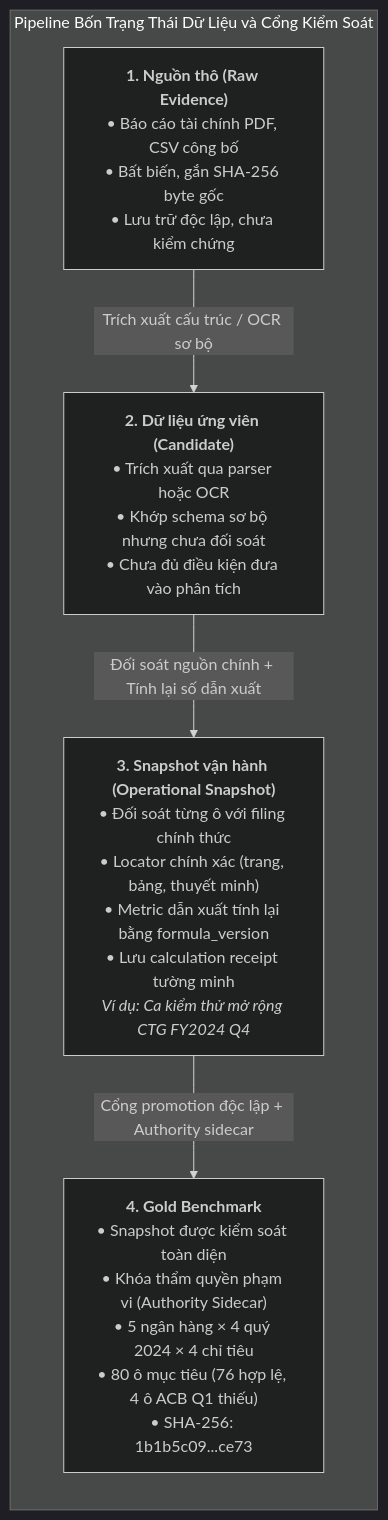
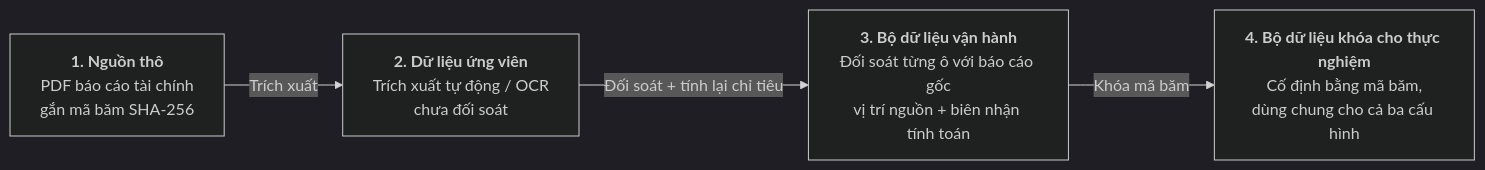
The diagram in docs/thesis-v2/figures/hinh-3-2-pipeline-du-lieu.mmd (thaicuong576/final-thesis), drawn with Mermaid (dark theme) before and after one commit. The commit also changed 21 other files, not shown here.

```diff
--- a/docs/thesis-v2/figures/hinh-3-2-pipeline-du-lieu.mmd
+++ b/docs/thesis-v2/figures/hinh-3-2-pipeline-du-lieu.mmd
@@ -1,16 +1,8 @@
 flowchart LR
-    subgraph DataPipeline ["Pipeline Bốn Trạng Thái Dữ Liệu và Cổng Kiểm Soát"]
-        direction TB
-        
-        Raw["<b>1. Nguồn thô (Raw Evidence)</b><br/>• Báo cáo tài chính PDF, CSV công bố<br/>• Bất biến, gắn SHA-256 byte gốc<br/>• Lưu trữ độc lập, chưa kiểm chứng"]
-        
-        Candidate["<b>2. Dữ liệu ứng viên (Candidate)</b><br/>• Trích xuất qua parser hoặc OCR<br/>• Khớp schema sơ bộ nhưng chưa đối soát<br/>• Chưa đủ điều kiện đưa vào phân tích"]
-        
-        Operational["<b>3. Snapshot vận hành (Operational Snapshot)</b><br/>• Đối soát từng ô với filing chính thức<br/>• Locator chính xác (trang, bảng, thuyết minh)<br/>• Metric dẫn xuất tính lại bằng formula_version<br/>• Lưu calculation receipt tường minh<br/><i>Ví dụ: Ca kiểm thử mở rộng CTG FY2024 Q4</i>"]
-        
-        Gold["<b>4. Gold Benchmark</b><br/>• Snapshot được kiểm soát toàn diện<br/>• Khóa thẩm quyền phạm vi (Authority Sidecar)<br/>• 5 ngân hàng × 4 quý 2024 × 4 chỉ tiêu<br/>• 80 ô mục tiêu (76 hợp lệ, 4 ô ACB Q1 thiếu)<br/>• SHA-256: 1b1b5c09...ce73"]
-        
-        Raw -->|"Trích xuất cấu trúc / OCR sơ bộ"| Candidate
-        Candidate -->|"Đối soát nguồn chính + Tính lại số dẫn xuất"| Operational
-        Operational -->|"Cổng promotion độc lập + Authority sidecar"| Gold
-    end
+    Raw["<b>1. Nguồn thô</b><br/>PDF báo cáo tài chính<br/>gắn mã băm SHA-256"]
+    Candidate["<b>2. Dữ liệu ứng viên</b><br/>Trích xuất tự động / OCR<br/>chưa đối soát"]
+    Operational["<b>3. Bộ dữ liệu vận hành</b><br/>Đối soát từng ô với báo cáo gốc<br/>vị trí nguồn + biên nhận tính toán"]
+    Locked["<b>4. Bộ dữ liệu khóa cho thực nghiệm</b><br/>Cố định bằng mã băm,<br/>dùng chung cho cả ba cấu hình"]
+    Raw -->|"Trích xuất"| Candidate
+    Candidate -->|"Đối soát + tính lại chỉ tiêu"| Operational
+    Operational -->|"Khóa mã băm"| Locked
```
